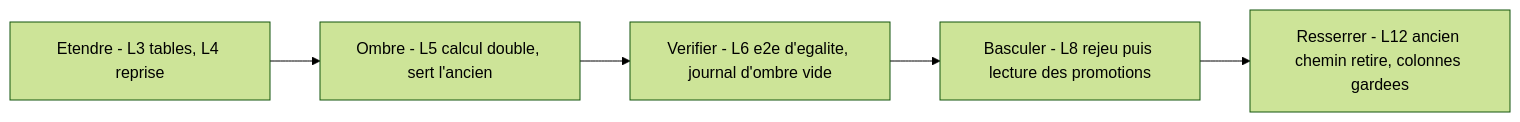
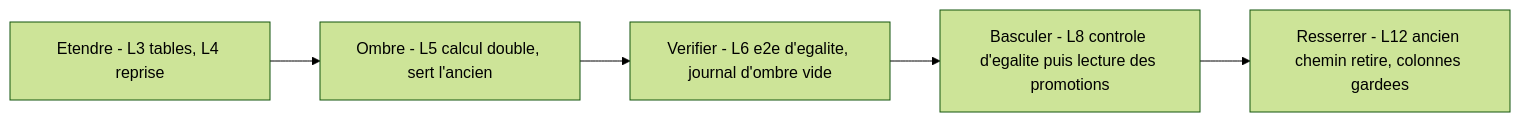
Before and after one commit to hugoheynard/lfd: the second of 2 diagrams in documentation/pricing/plan-promotions-par-audience-et-acheminement.md, drawn with Mermaid (forest theme). The commit also changed other lines of this file, not shown here.

First line of the commit message:
docs(tarifs): le plan des promotions répond à la contradiction n° 2

````diff
--- a/documentation/pricing/plan-promotions-par-audience-et-acheminement.md
+++ b/documentation/pricing/plan-promotions-par-audience-et-acheminement.md
@@ -1049,7 +1106,7 @@
 ```mermaid
 flowchart LR
   E[Etendre - L3 tables, L4 reprise] --> O[Ombre - L5 calcul double, sert l'ancien]
   O --> V[Verifier - L6 e2e d'egalite, journal d'ombre vide]
-  V --> B[Basculer - L8 rejeu puis lecture des promotions]
+  V --> B[Basculer - L8 controle d'egalite puis lecture des promotions]
   B --> R[Resserrer - L12 ancien chemin retire, colonnes gardees]
 ```
````
